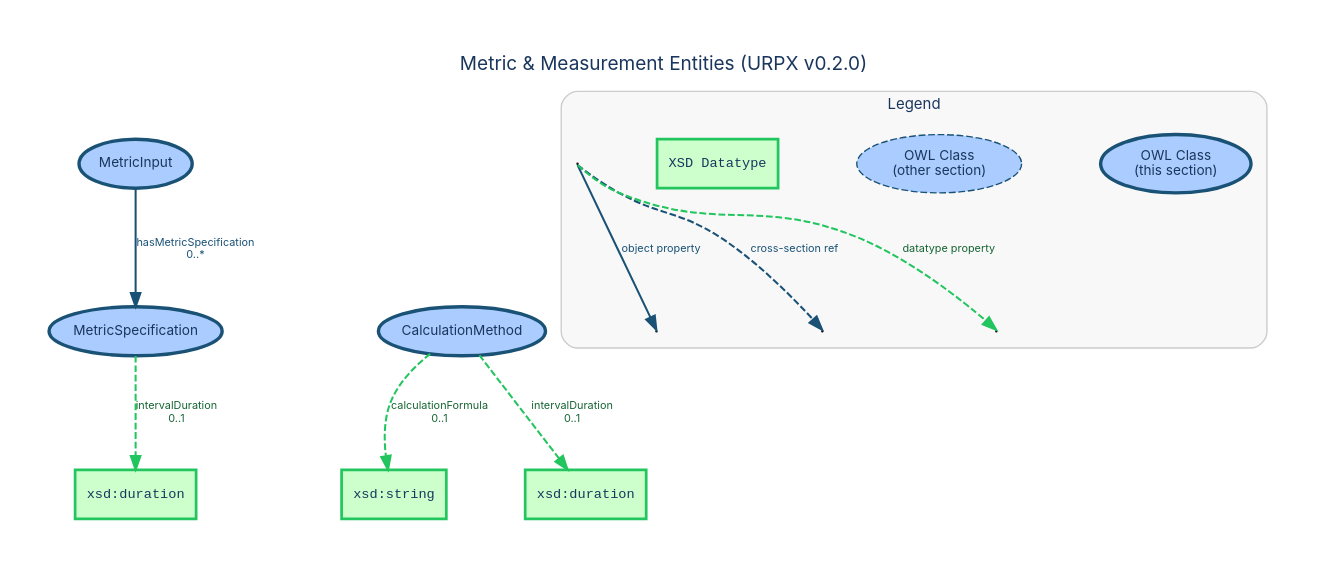
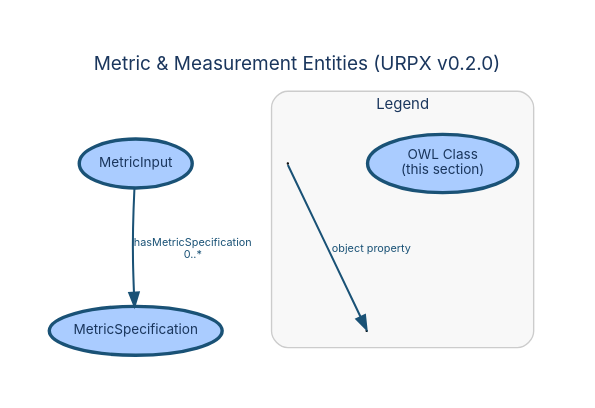
The diagram in documentation/diagrams/dictionary/metric-measurement-entities.dot (urpx-org/urpx), drawn with Graphviz before and after one commit. The commit also changed 29 other files, not shown here.

```diff
--- a/documentation/diagrams/dictionary/metric-measurement-entities.dot
+++ b/documentation/diagrams/dictionary/metric-measurement-entities.dot
@@ -1,88 +1,49 @@
 digraph "Metric & Measurement Entities" {
     rankdir=TB;
     bgcolor="white";
     pad=0.4;
     nodesep=0.8;
     ranksep=0.9;
     fontname="Inter, Helvetica, Arial, sans-serif";
     label="Metric & Measurement Entities (URPX v0.2.0)";
     labelloc="t";
     fontsize=14;
     fontcolor="#1a365d";
     node [fontname="Inter, Helvetica, Arial, sans-serif", fontsize=10, style=filled, fontcolor="#1a365d"];
     edge [fontname="Inter, Helvetica, Arial, sans-serif", fontsize=8, fontcolor="#1a365d"];
 
     // Section classes
     MetricInput [
         label="MetricInput"
         shape=ellipse, fillcolor="#aaccff", color="#1a5276", penwidth=2.5
     ];
     MetricSpecification [
         label="MetricSpecification"
         shape=ellipse, fillcolor="#aaccff", color="#1a5276", penwidth=2.5
     ];
-    CalculationMethod [
-        label="CalculationMethod"
-        shape=ellipse, fillcolor="#aaccff", color="#1a5276", penwidth=2.5
-    ];
-
-    // Per-class datatype nodes
-    MetricSpecification_dt_duration [
-        label="xsd:duration"
-        shape=rectangle, fillcolor="#ccffcc", color="#22c55e", penwidth=2, fontname="monospace"
-    ];
-    CalculationMethod_dt_string [
-        label="xsd:string"
-        shape=rectangle, fillcolor="#ccffcc", color="#22c55e", penwidth=2, fontname="monospace"
-    ];
-    CalculationMethod_dt_duration [
-        label="xsd:duration"
-        shape=rectangle, fillcolor="#ccffcc", color="#22c55e", penwidth=2, fontname="monospace"
-    ];
 
     // Object property edges
     MetricInput -> MetricSpecification [
         label="hasMetricSpecification\n0..*", color="#1a5276", fontcolor="#1a5276", penwidth=1.5
     ];
 
-    // Datatype property edges
-    MetricSpecification -> MetricSpecification_dt_duration [
-        label="intervalDuration\n0..1", color="#22c55e", fontcolor="#166534",
-        style=dashed, penwidth=1.5
-    ];
-    CalculationMethod -> CalculationMethod_dt_string [
-        label="calculationFormula\n0..1", color="#22c55e", fontcolor="#166534",
-        style=dashed, penwidth=1.5
-    ];
-    CalculationMethod -> CalculationMethod_dt_duration [
-        label="intervalDuration\n0..1", color="#22c55e", fontcolor="#166534",
-        style=dashed, penwidth=1.5
-    ];
-
     // Layout-specified rank groups
     { rank=same; MetricInput; }
-    { rank=same; MetricSpecification; CalculationMethod; }
-    MetricSpecification -> CalculationMethod [style=invis];
+    { rank=same; MetricSpecification; }
 
     subgraph cluster_legend {
         label="Legend";
         fontname="Inter, Helvetica, Arial, sans-serif";
         fontsize=11;
         fontcolor="#1a365d";
         style=rounded;
         color="#cccccc";
         bgcolor="#f8f8f8";
         margin=12;
 
         leg_class [label="OWL Class\n(this section)", shape=ellipse, fillcolor="#aaccff", color="#1a5276", penwidth=2.5];
-        leg_xref [label="OWL Class\n(other section)", shape=ellipse, fillcolor="#aaccff", color="#1a5276", penwidth=1, style="filled,dashed"];
-        leg_dt [label="XSD Datatype", shape=rectangle, fillcolor="#ccffcc", color="#22c55e", penwidth=2, fontname="monospace"];
         leg_src [label=" ", shape=point, width=0.01];
         leg_tgt1 [label=" ", shape=point, width=0.01];
-        leg_tgt2 [label=" ", shape=point, width=0.01];
         leg_src -> leg_tgt1 [label="object property", color="#1a5276", fontcolor="#1a5276", penwidth=1.5];
-        leg_src -> leg_tgt2 [label="cross-section ref", style=dashed, color="#1a5276", fontcolor="#1a5276", penwidth=1.5];
-        leg_tgt3 [label=" ", shape=point, width=0.01];
-        leg_src -> leg_tgt3 [label="datatype property", style=dashed, color="#22c55e", fontcolor="#166534", penwidth=1.5];
     }
 }
```
